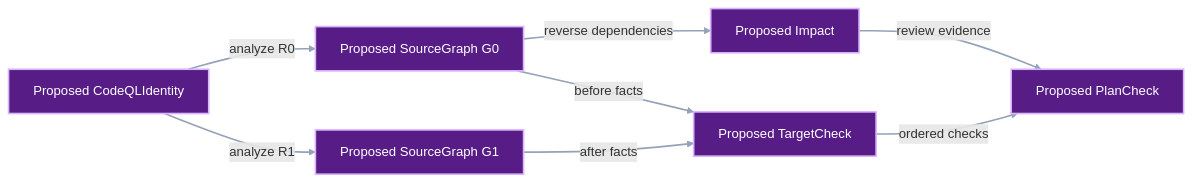
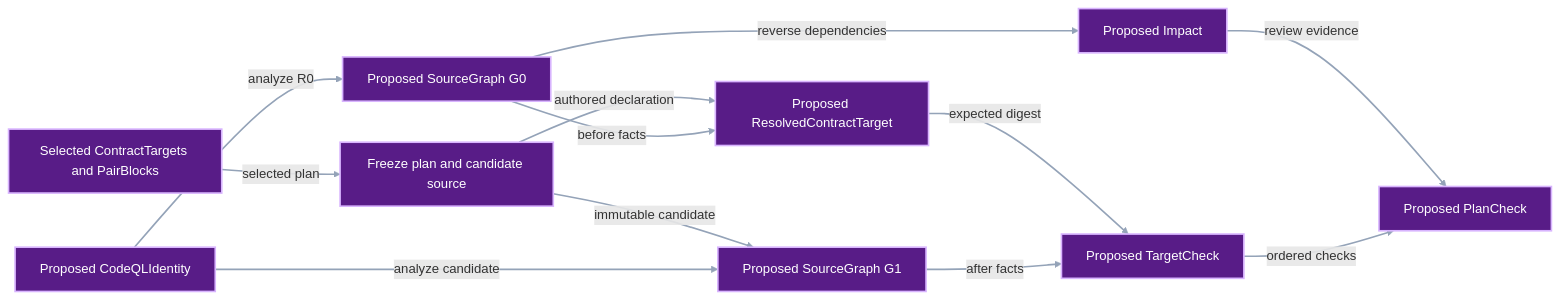
One commit to pvd232/viper changed the second of 3 diagrams in docs/development/system-impact-compiler.md. Above: the diagram before and after it, drawn with Mermaid. The commit also changed other lines of this file and 4 other files, not shown here.

````diff
--- a/docs/development/system-impact-compiler.md
+++ b/docs/development/system-impact-compiler.md
@@ -117,21 +124,28 @@
 ```mermaid
 flowchart LR
+    Plan["Selected ContractTargets and PairBlocks"]
+    Freeze["Freeze plan and candidate source"]
     Identity["Proposed CodeQLIdentity"]
     Baseline["Proposed SourceGraph G0"]
     Impact["Proposed Impact"]
     Realized["Proposed SourceGraph G1"]
+    Resolved["Proposed ResolvedContractTarget"]
     Target["Proposed TargetCheck"]
     Check["Proposed PlanCheck"]
 
+    Plan -->|"selected plan"| Freeze
     Identity -->|"analyze R0"| Baseline
     Baseline -->|"reverse dependencies"| Impact
-    Identity -->|"analyze R1"| Realized
-    Baseline -->|"before facts"| Target
+    Freeze -->|"authored declaration"| Resolved
+    Freeze -->|"immutable candidate"| Realized
+    Identity -->|"analyze candidate"| Realized
+    Baseline -->|"before facts"| Resolved
+    Resolved -->|"expected digest"| Target
     Realized -->|"after facts"| Target
     Impact -->|"review evidence"| Check
     Target -->|"ordered checks"| Check
 
-    class Identity,Baseline,Impact,Realized,Target,Check proposed
+    class Plan,Freeze,Identity,Baseline,Impact,Realized,Resolved,Target,Check proposed
     classDef proposed fill:#581c87,stroke:#d8b4fe,color:#ffffff,stroke-width:2px
     linkStyle default stroke:#94a3b8,stroke-width:2px
 ```
````
